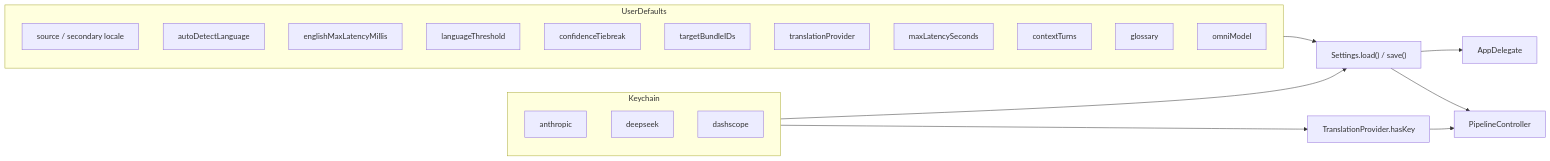
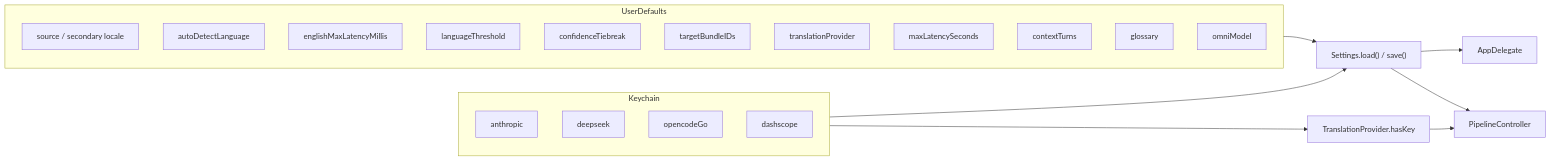
Before and after one commit to dautroc/tsuyaku: the eighth of 9 diagrams in docs/architecture.md, drawn with Mermaid. The commit also changed other lines of this file and 6 other files, not shown here.

First line of the commit message:
feat: add OpenCode Go text translation backend

````diff
--- a/docs/architecture.md
+++ b/docs/architecture.md
@@ -546,30 +552,31 @@
 ```mermaid
 flowchart LR
     subgraph UserDefaults["UserDefaults"]
         Locales["source / secondary locale"]
         Detect["autoDetectLanguage"]
         EnglishLatency["englishMaxLatencyMillis"]
         Threshold["languageThreshold"]
         Tiebreak["confidenceTiebreak"]
         Bundles["targetBundleIDs"]
         Provider["translationProvider"]
         Latency["maxLatencySeconds"]
         Context["contextTurns"]
         Glossary["glossary"]
         OmniModel["omniModel"]
     end
 
     subgraph Keychain["Keychain"]
         Anthropic["anthropic"]
         DeepSeek["deepseek"]
+        OpenCodeGo["opencodeGo"]
         Dashscope["dashscope"]
     end
 
     UserDefaults --> Settings["Settings.load() / save()"]
     Keychain --> Settings
     Keychain --> TranslationProvider["TranslationProvider.hasKey"]
 
     Settings --> AppDelegate["AppDelegate"]
     Settings --> PipelineController["PipelineController"]
     TranslationProvider --> PipelineController
 ```
````
